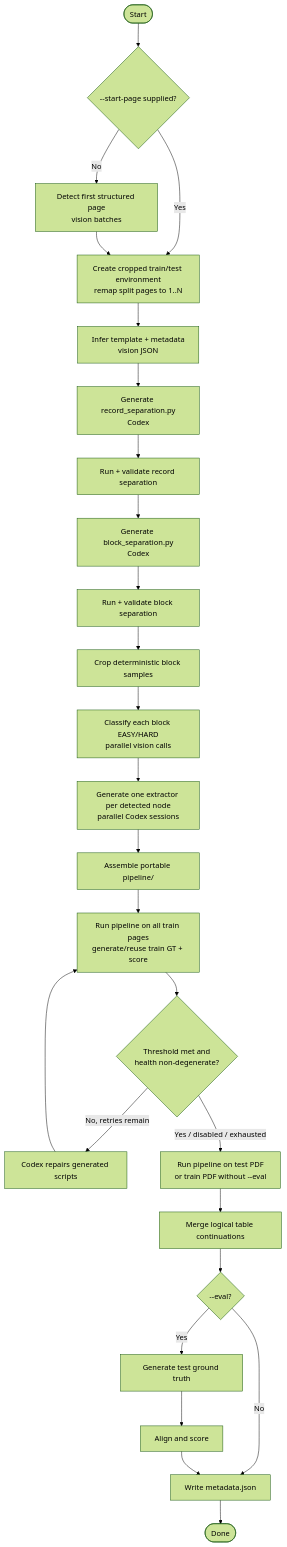
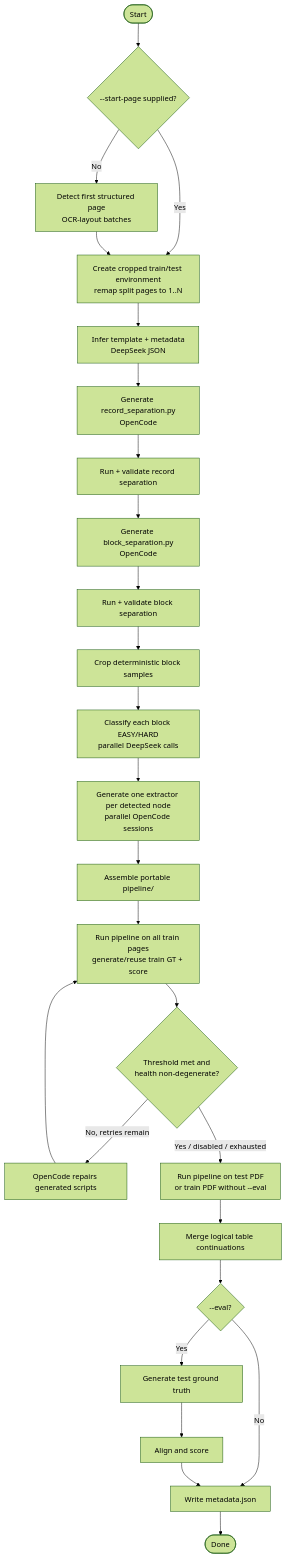
One commit to riccardobollati/twix_2 changed the second of 6 diagrams in README.md. Above: the diagram before and after it, drawn with Mermaid (forest theme). The commit also changed other lines of this file and 43 other files, not shown here.

Commit message:
open code integration and updated doc files

````diff
--- a/README.md
+++ b/README.md
@@ -134,28 +157,28 @@
 ```mermaid
 flowchart TD
     S(["Start"]) --> Q{"--start-page supplied?"}
-    Q -- No --> DB["Detect first structured page<br/>vision batches"]
+    Q -- No --> DB["Detect first structured page<br/>OCR-layout batches"]
     Q -- Yes --> EC
     DB --> EC["Create cropped train/test environment<br/>remap split pages to 1..N"]
-    EC --> TI["Infer template + metadata<br/>vision JSON"]
-    TI --> RS["Generate record_separation.py<br/>Codex"]
+    EC --> TI["Infer template + metadata<br/>DeepSeek JSON"]
+    TI --> RS["Generate record_separation.py<br/>OpenCode"]
     RS --> RSR["Run + validate record separation"]
-    RSR --> BS["Generate block_separation.py<br/>Codex"]
+    RSR --> BS["Generate block_separation.py<br/>OpenCode"]
     BS --> BSR["Run + validate block separation"]
     BSR --> SMP["Crop deterministic block samples"]
-    SMP --> ROUTE["Classify each block EASY/HARD<br/>parallel vision calls"]
-    ROUTE --> EXT["Generate one extractor per detected node<br/>parallel Codex sessions"]
+    SMP --> ROUTE["Classify each block EASY/HARD<br/>parallel DeepSeek calls"]
+    ROUTE --> EXT["Generate one extractor per detected node<br/>parallel OpenCode sessions"]
     EXT --> PACK["Assemble portable pipeline/"]
     PACK --> TE["Run pipeline on all train pages<br/>generate/reuse train GT + score"]
     TE --> GATE{"Threshold met and<br/>health non-degenerate?"}
-    GATE -- "No, retries remain" --> REPAIR["Codex repairs generated scripts"]
+    GATE -- "No, retries remain" --> REPAIR["OpenCode repairs generated scripts"]
     REPAIR --> TE
     GATE -- "Yes / disabled / exhausted" --> RUN["Run pipeline on test PDF<br/>or train PDF without --eval"]
     RUN --> MERGE["Merge logical table continuations"]
     MERGE --> EVALQ{"--eval?"}
     EVALQ -- No --> META["Write metadata.json"]
     EVALQ -- Yes --> GT["Generate test ground truth"]
     GT --> SCORE["Align and score"]
     SCORE --> META
     META --> END(["Done"])
 ```
````
